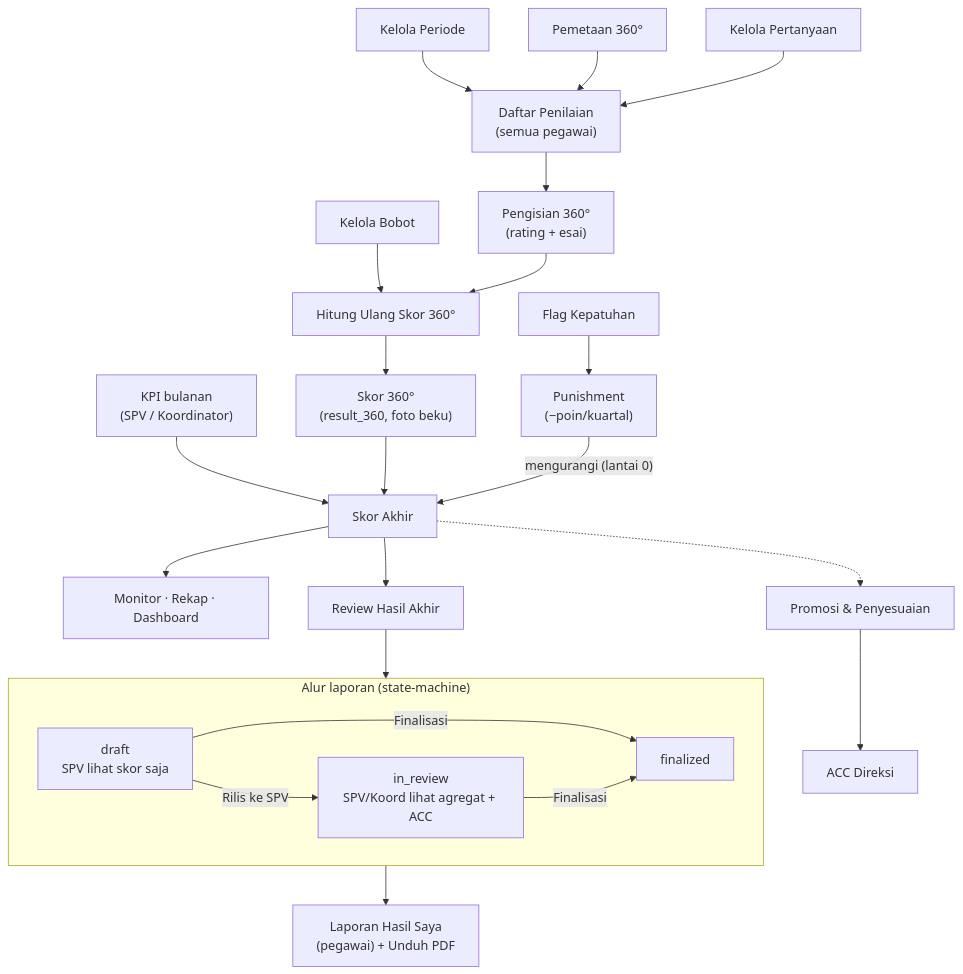
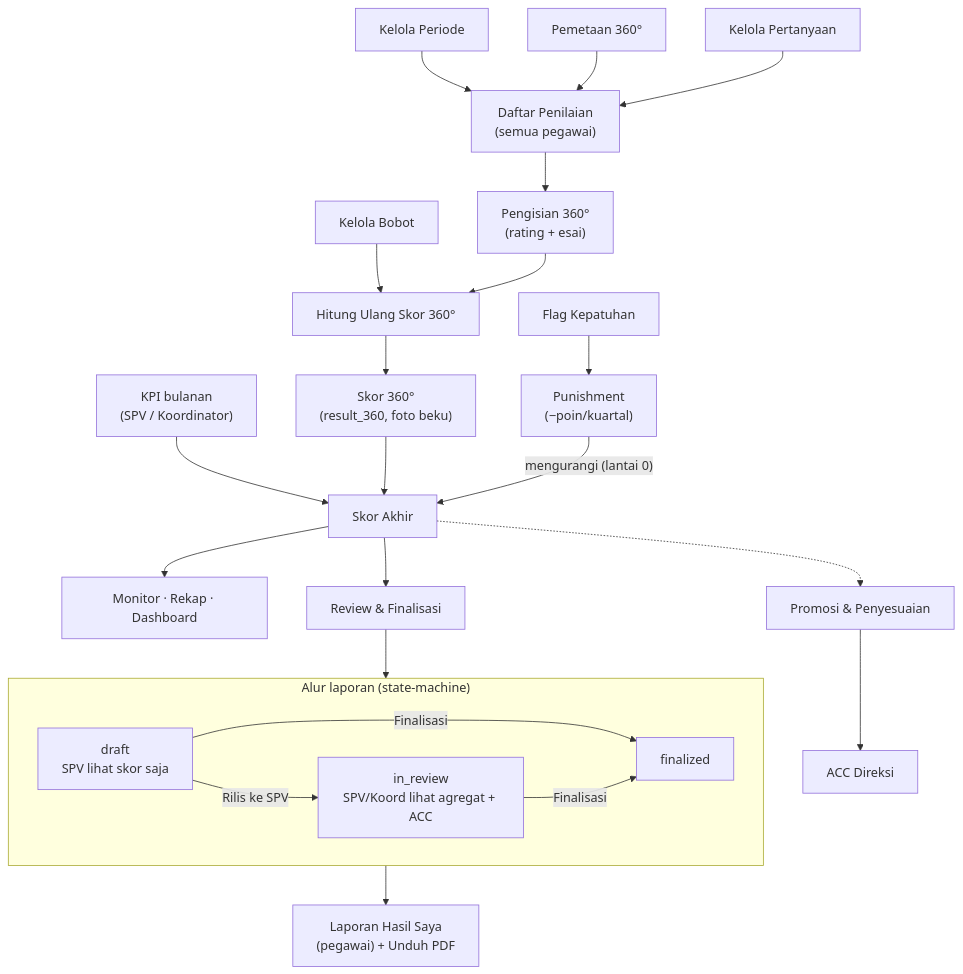
One commit to infarmcorp/infarm-360 changed the sixth of 6 diagrams in docs/panduan/CARA-PENGGUNAAN.md. Above: the diagram before and after it, drawn with Mermaid. The commit also changed other lines of this file and 25 other files, not shown here.

````diff
--- a/docs/panduan/CARA-PENGGUNAAN.md
+++ b/docs/panduan/CARA-PENGGUNAAN.md
@@ -1218,31 +1225,31 @@
 ```mermaid
 flowchart TD
     PERIODE["Kelola Periode"] --> DAFTAR["Daftar Penilaian<br/>(semua pegawai)"]
     PEMETAAN["Pemetaan 360°"] --> DAFTAR
     PERTANYAAN["Kelola Pertanyaan"] --> DAFTAR
     DAFTAR --> ISI["Pengisian 360°<br/>(rating + esai)"]
 
     BOBOT["Kelola Bobot"] --> HITUNG["Hitung Ulang Skor 360°"]
     ISI --> HITUNG
     HITUNG --> S360["Skor 360°<br/>(result_360, foto beku)"]
 
     KPI["KPI bulanan<br/>(SPV / Koordinator)"] --> AKHIR["Skor Akhir"]
     S360 --> AKHIR
     KEPATUHAN["Flag Kepatuhan"] --> PUNISH["Punishment<br/>(−poin/kuartal)"]
     PUNISH -- "mengurangi (lantai 0)" --> AKHIR
 
     AKHIR --> ANALITIK["Monitor · Rekap · Dashboard"]
-    AKHIR --> REVIEW["Review Hasil Akhir"]
+    AKHIR --> REVIEW["Review & Finalisasi"]
 
     subgraph SM["Alur laporan (state-machine)"]
         direction LR
         DR["draft<br/>SPV lihat skor saja"] -->|"Rilis ke SPV"| IR["in_review<br/>SPV/Koord lihat agregat + ACC"]
         DR -->|"Finalisasi"| FIN["finalized"]
         IR -->|"Finalisasi"| FIN
     end
     REVIEW --> DR
     FIN --> LAPOR["Laporan Hasil Saya<br/>(pegawai) + Unduh PDF"]
 
     AKHIR -.-> SUKSESI["Promosi & Penyesuaian"]
     SUKSESI --> ACC["ACC Direksi"]
 ```
````
